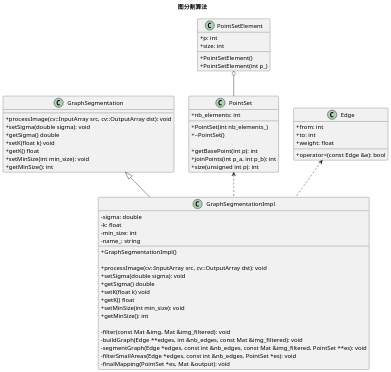
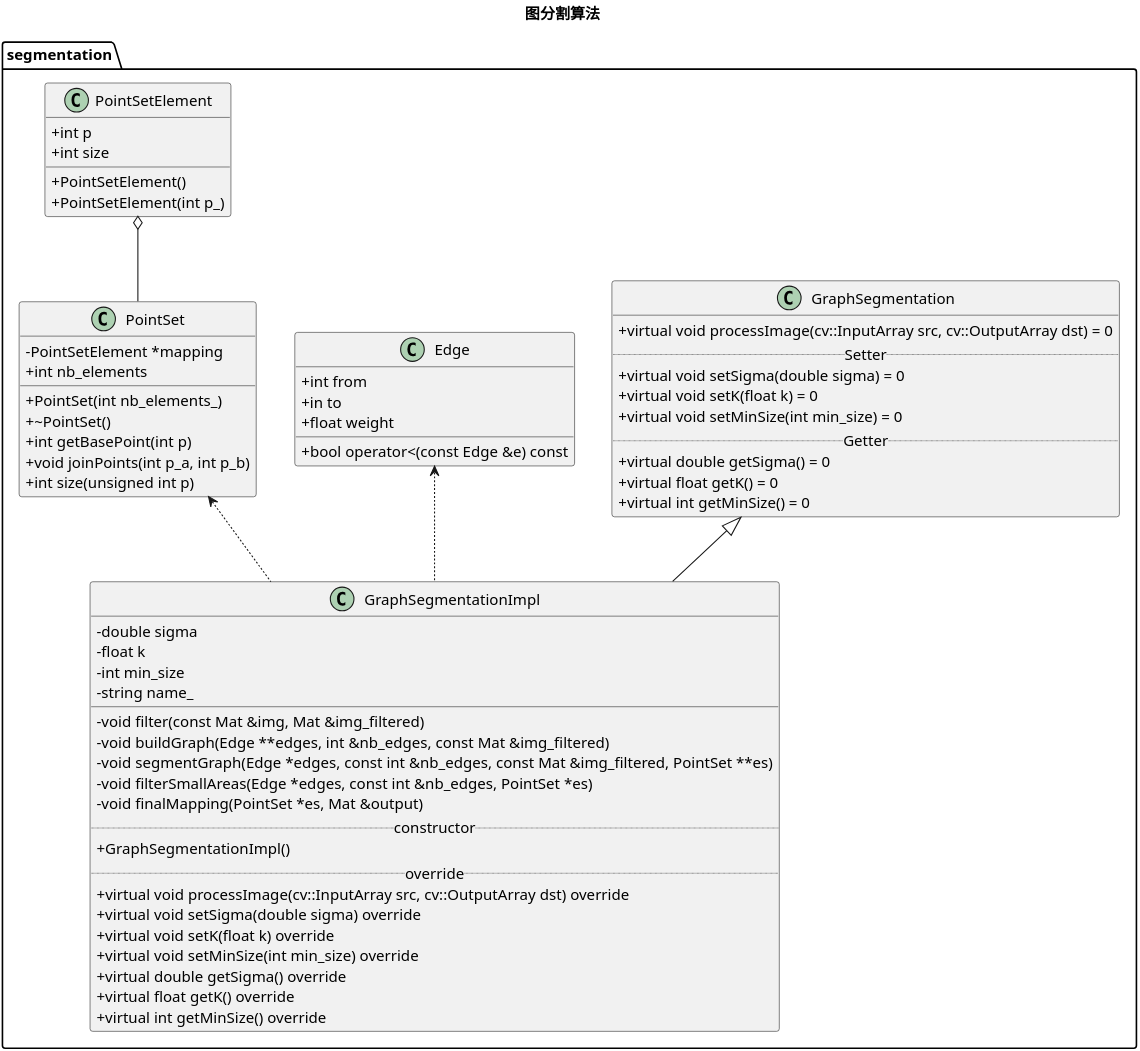
The diagram in docs/uml/graphseg.puml (object-detection-algorithm/selectivesearch), drawn with PlantUML before and after one commit. The commit also changed 1 other file, not shown here.

Commit message:
docs(plantuml): 更新图分割算法类图

```diff
--- a/docs/uml/graphseg.puml
+++ b/docs/uml/graphseg.puml
@@ -1,78 +1,80 @@
 @startuml
 skinparam classAttributeIconSize 0
-scale 1.5
+scale 4096 width
 title 图分割算法
 
 ' 泛化
-GraphSegmentation <|-- GraphSegmentationImpl
+segmentation.GraphSegmentation <|-- segmentation.GraphSegmentationImpl
 ' 依赖
-PointSet <.. GraphSegmentationImpl
-Edge <.. GraphSegmentationImpl
+segmentation.PointSet <.. segmentation.GraphSegmentationImpl
+segmentation.Edge <.. segmentation.GraphSegmentationImpl
 ' 聚合
-PointSetElement o-- PointSet
+segmentation.PointSetElement o-- segmentation.PointSet
 
-class GraphSegmentation {
+class segmentation.GraphSegmentation {
     ' 方法
-    + processImage(cv::InputArray src, cv::OutputArray dst): void
-    +setSigma(double sigma): void
-    + getSigma() double
-    + setK(float k) void
-    + getK() float
-    + setMinSize(int min_size): void
-    + getMinSize(): int
+    + virtual void processImage(cv::InputArray src, cv::OutputArray dst) = 0
+    .. Setter ..
+    +virtual void setSigma(double sigma) = 0
+    + virtual void setK(float k) = 0
+    + virtual void setMinSize(int min_size) = 0
+    .. Getter ..
+    + virtual double getSigma() = 0
+    + virtual float getK() = 0
+    + virtual int getMinSize() = 0
 }
 
-class GraphSegmentationImpl {
-    ' 属性
-      - sigma: double
-      - k: float
-      - min_size: int
-      - name_: string
-    ' 方法
+class segmentation.GraphSegmentationImpl {
+    ' __ 字段 __
+      - double sigma
+      - float k
+      - int min_size
+      - string name_
+    ____
+    - void filter(const Mat &img, Mat &img_filtered)
+    - void buildGraph(Edge **edges, int &nb_edges, const Mat &img_filtered)
+    - void segmentGraph(Edge *edges, const int &nb_edges, const Mat &img_filtered, PointSet **es)
+    - void filterSmallAreas(Edge *edges, const int &nb_edges, PointSet *es)
+    - void finalMapping(PointSet *es, Mat &output)
+    .. constructor ..
     + GraphSegmentationImpl()
-
-    + processImage(cv::InputArray src, cv::OutputArray dst): void
-    +setSigma(double sigma): void
-    + getSigma() double
-    + setK(float k) void
-    + getK() float
-    + setMinSize(int min_size): void
-    + getMinSize(): int
-
-    - filter(const Mat &img, Mat &img_filtered): void
-    - buildGraph(Edge **edges, int &nb_edges, const Mat &img_filtered): void
-    - segmentGraph(Edge *edges, const int &nb_edges, const Mat &img_filtered, PointSet **es): void
-    - filterSmallAreas(Edge *edges, const int &nb_edges, PointSet *es): void
-    - finalMapping(PointSet *es, Mat &output): void
+    .. override ..
+    + virtual void processImage(cv::InputArray src, cv::OutputArray dst) override
+    +virtual void setSigma(double sigma) override
+    + virtual void setK(float k) override
+    + virtual void setMinSize(int min_size) override
+    + virtual double getSigma() override
+    + virtual float getK() override
+    + virtual int getMinSize() override
 }
 
-class Edge {
+class segmentation.Edge {
     ' 属性
-    + from: int
-    + to: int
-    + weight: float
+    + int from
+    + in to
+    + float weight
     ' 方法
-    + operator<(const Edge &e): bool
+    + bool operator<(const Edge &e) const
 }
 
-class PointSet {
+class segmentation.PointSet {
     ' 属性
-    + nb_elements: int
+    - PointSetElement *mapping
+    + int nb_elements
     ' 方法
     + PointSet(int nb_elements_)
     + ~PointSet()
-
-    + getBasePoint(int p): int
-    + joinPoints(int p_a, int p_b): int
-    + size(unsigned int p): int
+    + int getBasePoint(int p)
+    + void joinPoints(int p_a, int p_b)
+    + int size(unsigned int p)
 }
 
-class PointSetElement {
+class segmentation.PointSetElement {
     ' 属性
-    + p: int
-    + size: int
+    + int p
+    + int size
     ' 方法
     + PointSetElement()
     + PointSetElement(int p_)
 }
 @enduml
```
